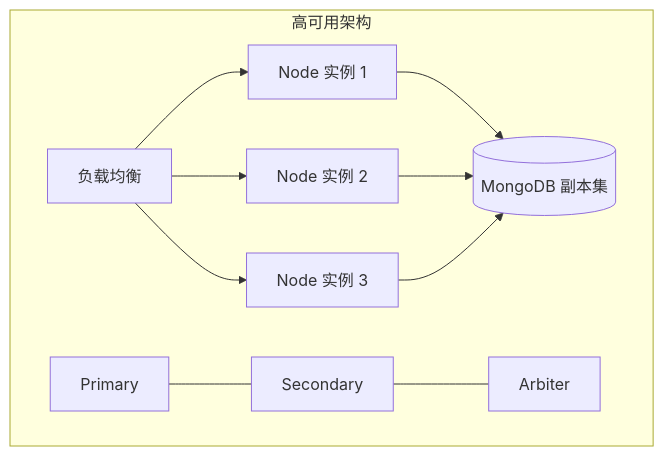
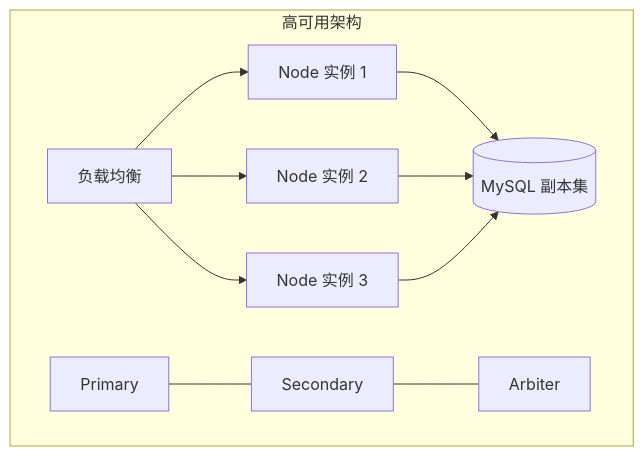
One commit to kindule/tinyhabits changed diagram 18 of 18 in docs/architecture.md. Above: the diagram before and after it, drawn with Mermaid. The commit also changed other lines of this file and 10 other files, not shown here.

Commit message:
refactor: migrate from MongoDB to MySQL and update related configurations

````diff
--- a/docs/architecture.md
+++ b/docs/architecture.md
@@ -1354,18 +1362,18 @@
 ```mermaid
 graph TB
     subgraph "高可用架构"
         LB[负载均衡]
         N1[Node 实例 1]
         N2[Node 实例 2]
         N3[Node 实例 3]
 
-        RS[(MongoDB 副本集)]
+        RS[(MySQL 副本集)]
         M1[Primary]
         M2[Secondary]
         M3[Arbiter]
     end
 
     LB --> N1 & N2 & N3
     N1 & N2 & N3 --> RS
     M1 --- M2 --- M3
 ```
````
